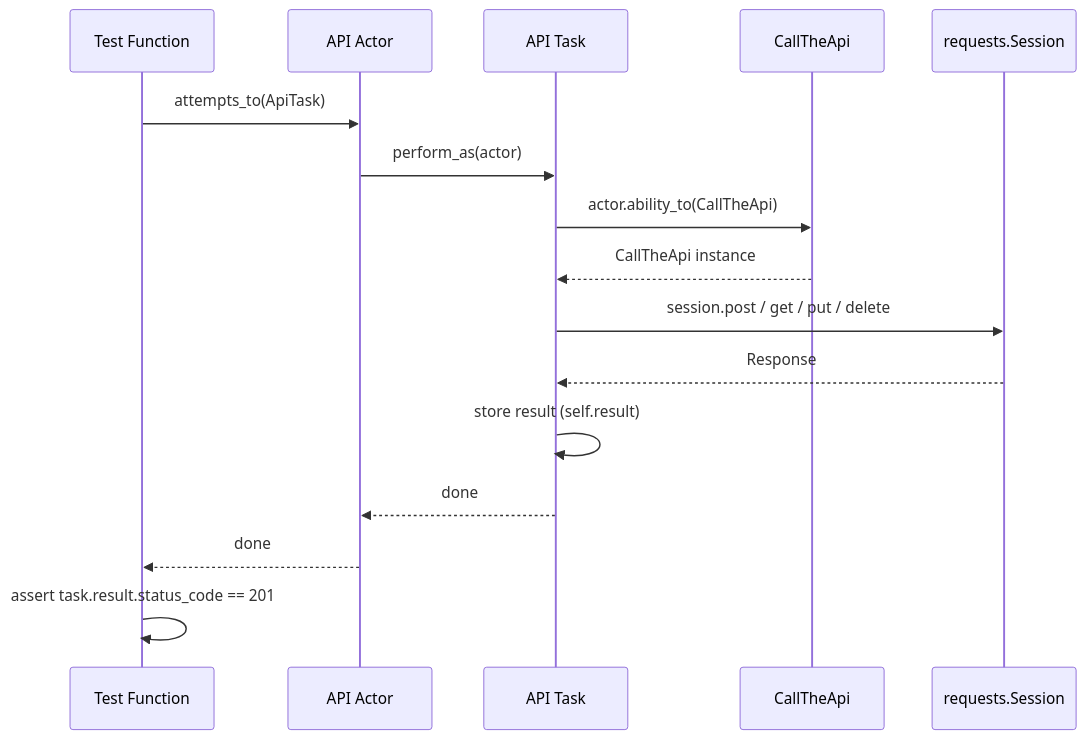
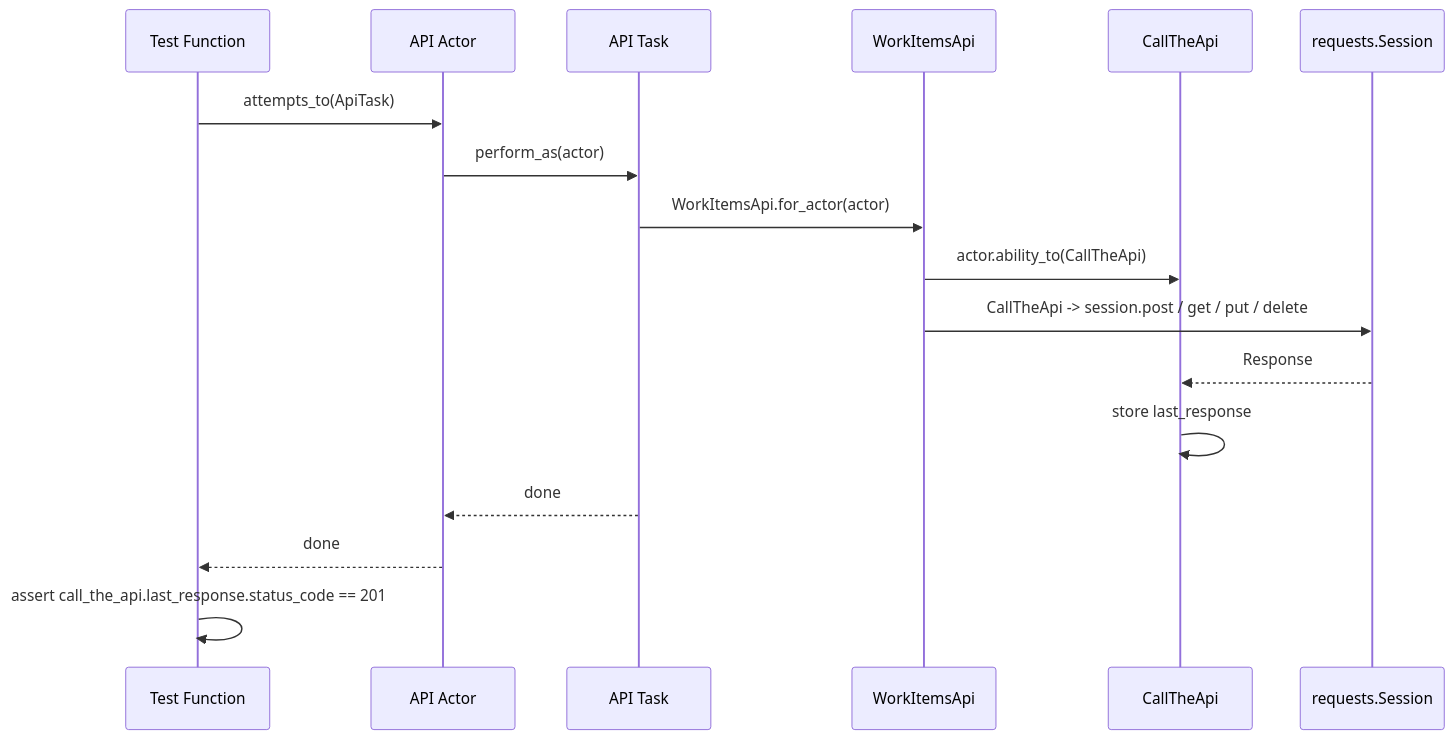
Before and after one commit to stansiris/playwright-pytest-screenplay-framework: the seventh of 8 diagrams in docs/architecture.md, drawn with Mermaid. The commit also changed other lines of this file and 11 other files, not shown here.

Commit message:
Refactor Work Items API layer and document API testing

````diff
--- a/docs/architecture.md
+++ b/docs/architecture.md
@@ -297,19 +297,20 @@
 ```mermaid
 sequenceDiagram
   participant Test as Test Function
   participant A as API Actor
   participant ApiTask as API Task
+  participant WorkItemsApi
   participant CallTheApi
   participant HTTP as requests.Session
 
   Test->>A: attempts_to(ApiTask)
   A->>ApiTask: perform_as(actor)
-  ApiTask->>CallTheApi: actor.ability_to(CallTheApi)
-  CallTheApi-->>ApiTask: CallTheApi instance
-  ApiTask->>HTTP: session.post / get / put / delete
-  HTTP-->>ApiTask: Response
-  ApiTask->>ApiTask: store result (self.result)
+  ApiTask->>WorkItemsApi: WorkItemsApi.for_actor(actor)
+  WorkItemsApi->>CallTheApi: actor.ability_to(CallTheApi)
+  WorkItemsApi->>HTTP: CallTheApi -> session.post / get / put / delete
+  HTTP-->>CallTheApi: Response
+  CallTheApi->>CallTheApi: store last_response
   ApiTask-->>A: done
   A-->>Test: done
-  Test->>Test: assert task.result.status_code == 201
+  Test->>Test: assert call_the_api.last_response.status_code == 201
 ```
````
